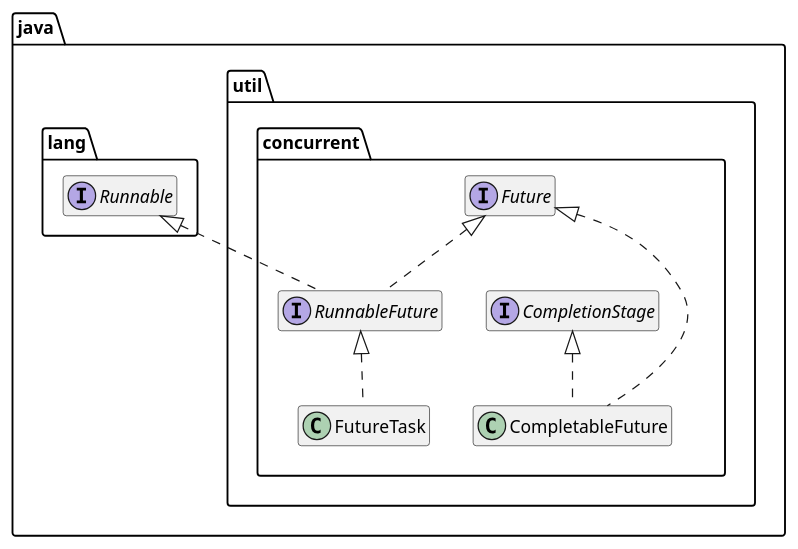
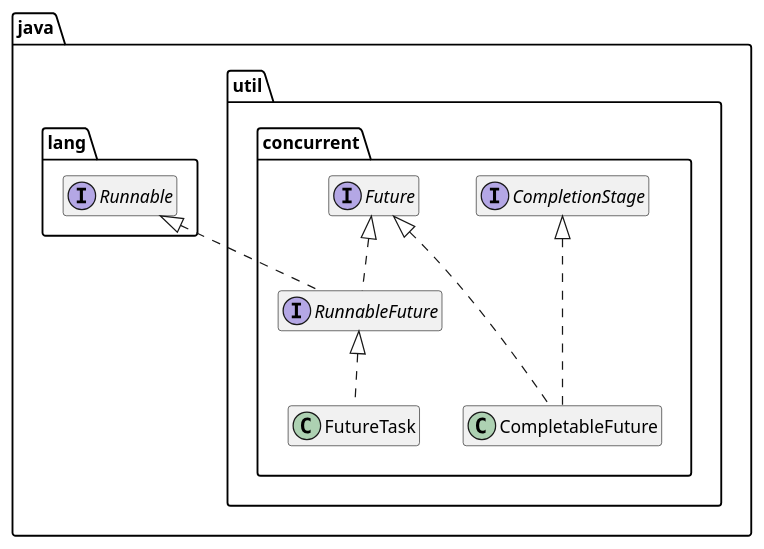
One commit to ti-cortex-m4/demo-java-completablefuture changed the diagram in images/class diagramm.puml. Above: the diagram before and after it, drawn with PlantUML.

```diff
--- a/images/class diagramm.puml
+++ b/images/class diagramm.puml
@@ -1,27 +1,27 @@
 @startuml
 
 together {
   interface java.util.concurrent.CompletionStage {}
 
   interface java.util.concurrent.Future {}
 }
 
 interface java.lang.Runnable {}
 
 interface java.util.concurrent.RunnableFuture {}
 
 together {
   class java.util.concurrent.FutureTask {}
 
   class java.util.concurrent.CompletableFuture {}
 }
 
-java.util.concurrent.CompletableFuture .up.|>  java.util.concurrent.CompletionStage
-java.util.concurrent.CompletableFuture .up.|>  java.util.concurrent.Future
+java.util.concurrent.CompletableFuture ..up.|>  java.util.concurrent.CompletionStage
+java.util.concurrent.CompletableFuture ..up.|>  java.util.concurrent.Future
 java.util.concurrent.FutureTask .up.|>  java.util.concurrent.RunnableFuture
 java.util.concurrent.RunnableFuture .up.|>  java.util.concurrent.Future
 java.util.concurrent.RunnableFuture .up.|>  java.lang.Runnable
 
 hide members
 
 @enduml
```
